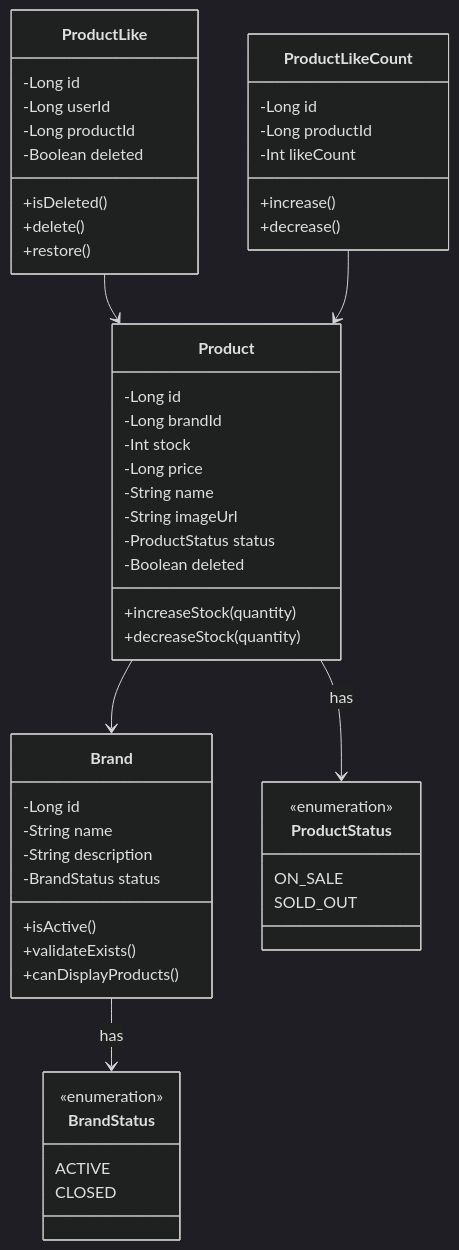
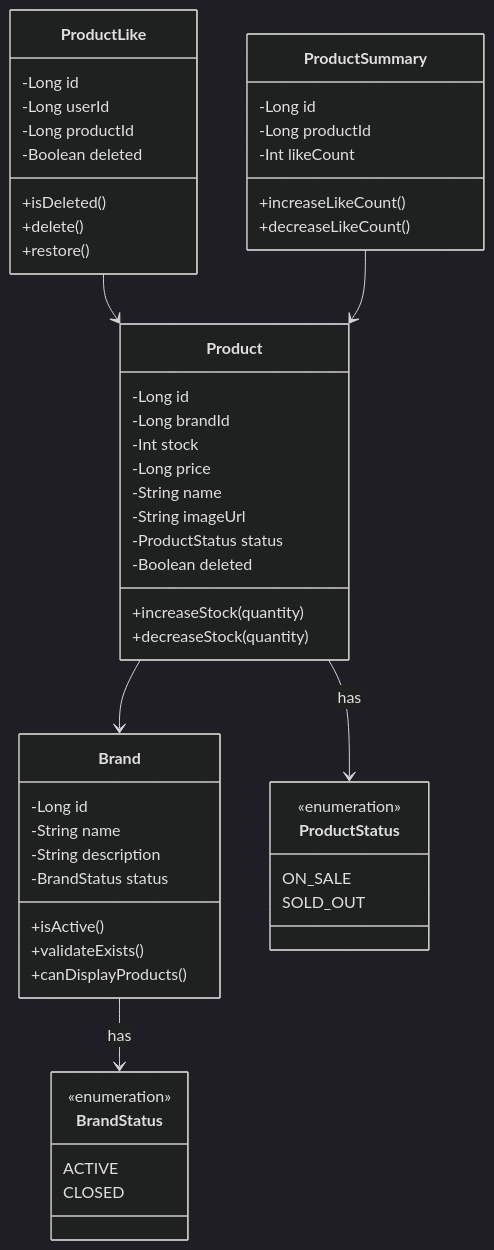
One commit to DuhanMo/emotional-commerce changed the second of 5 diagrams in docs/design/03-class-diagrams.md. Above: the diagram before and after it, drawn with Mermaid (dark theme). The commit also changed other lines of this file, not shown here.

Commit message:
fix: 클래스 다이어그램 수정

````diff
--- a/docs/design/03-class-diagrams.md
+++ b/docs/design/03-class-diagrams.md
@@ -23,67 +40,66 @@
 ```mermaid
 classDiagram
     %% 브랜드
     class Brand {
         -Long id
         -String name
         -String description
         -BrandStatus status
         +isActive()
         +validateExists()
         +canDisplayProducts()
     }
     
     class BrandStatus {
         <<enumeration>>
         ACTIVE
         CLOSED
     }
     
     %% 상품
     class Product {
         -Long id
         -Long brandId
         -Int stock
         -Long price
         -String name
         -String imageUrl
         -ProductStatus status
-	      -Boolean deleted
-	      +increaseStock(quantity)
-	      +decreaseStock(quantity)
+        -Boolean deleted
+        +increaseStock(quantity)
+        +decreaseStock(quantity)
     }
-   
     
     class ProductStatus {
         <<enumeration>>
         ON_SALE
         SOLD_OUT
     }
     
     class ProductLike {
         -Long id
         -Long userId
         -Long productId
         -Boolean deleted
         +isDeleted()
         +delete()
         +restore()
     }
     
-    %% 상품 좋아요 카운트 (집계)
-    class ProductLikeCount {
-	      -Long id
+    %% 상품 집계
+    class ProductSummary {
+        -Long id
         -Long productId
         -Int likeCount
-        +increase()
-        +decrease()
+        +increaseLikeCount()
+        +decreaseLikeCount()
     }
     
     %% 관계
     Product --> Brand
     Product --> ProductStatus : has
     Brand --> BrandStatus : has
     
     ProductLike --> Product
-    ProductLikeCount --> Product
+    ProductSummary --> Product
 ```
````
